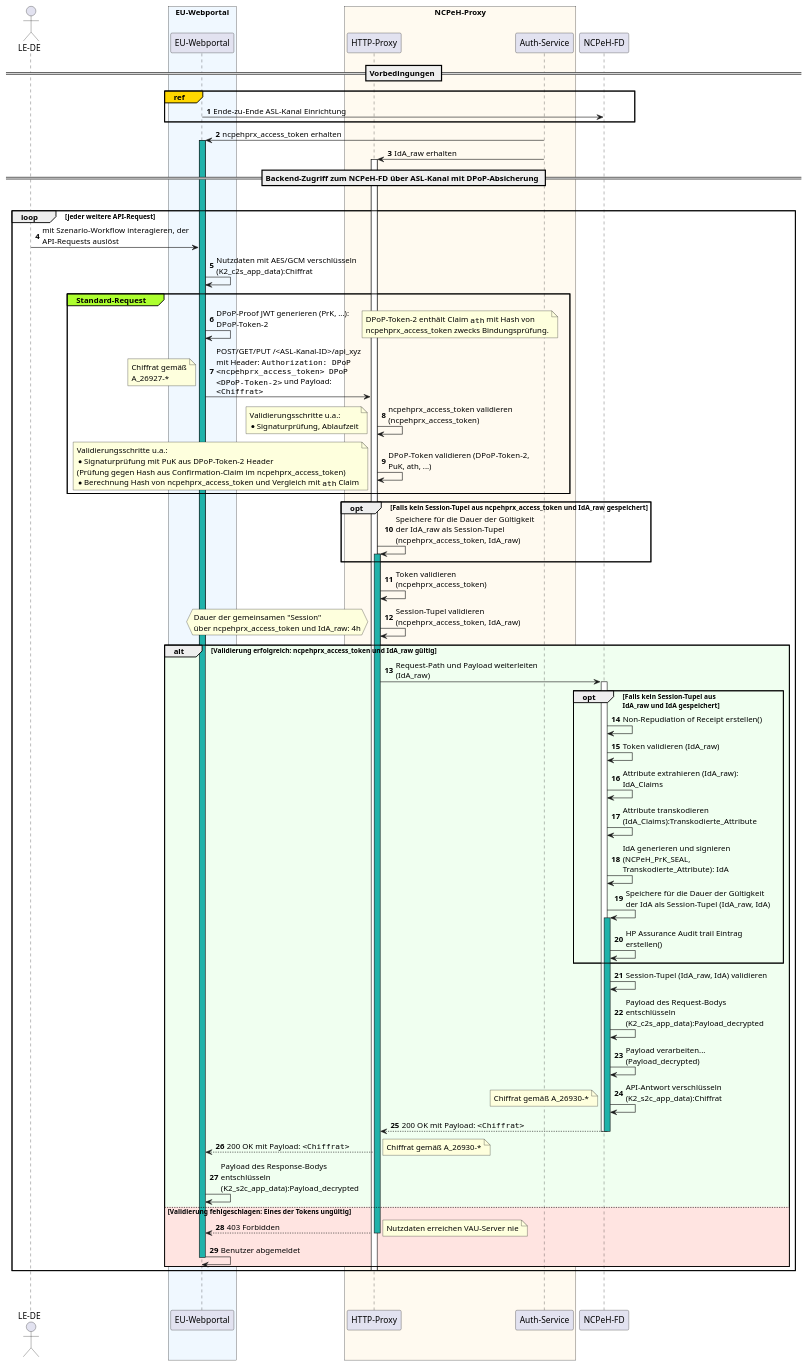
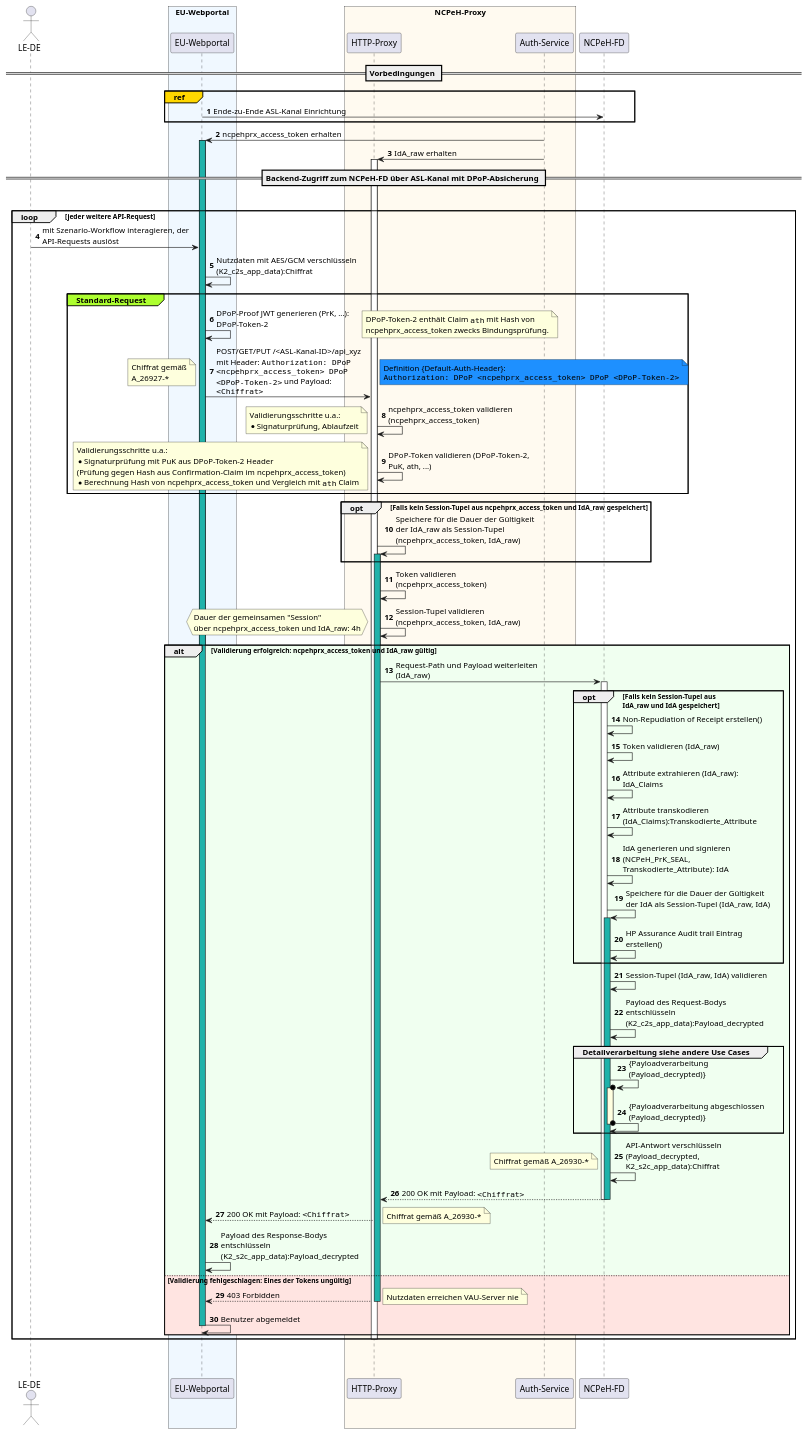
The diagram in src/images/eped-b/auth/backend-access_seq.puml (gematik/api-ncpeh), drawn with PlantUML before and after one commit. The commit also changed 1 other file, not shown here.

Commit message:
Update backend-access_seq

```diff
--- a/src/images/eped-b/auth/backend-access_seq.puml
+++ b/src/images/eped-b/auth/backend-access_seq.puml
@@ -1,126 +1,135 @@
 @startuml
 !pragma PLS 8192
 
 skinparam maxMessageSize 250
 autonumber
 hide unlinked
 
 actor "LE-DE" as User
 box "EU-Webportal" #AliceBlue
     participant "EU-Webportal" as WebApp
 end box
 box "Hilfsmittel der gematik" #WhiteSmoke
     participant "gematik\nAuthenticator" as AuthApp
     participant "Konnektor" as Konnektor
     participant "IDP-Dienst" as IDP
 end box
 box "NCPeH-Proxy" #FloralWhite
     participant "HTTP-Proxy" as Proxy
     participant "Auth-Service" as AuthService
 end box
 participant "NCPeH-FD" as NCPeH
 
 
 == Vorbedingungen ==
 group#Gold ref
     WebApp -> NCPeH: Ende-zu-Ende ASL-Kanal Einrichtung
 end
 
 AuthService -> WebApp: ncpehprx_access_token erhalten
 activate WebApp #LightSeaGreen
 
 AuthService -> Proxy: IdA_raw erhalten
 activate Proxy
 
 == Backend-Zugriff zum NCPeH-FD über ASL-Kanal mit DPoP-Absicherung ==
 
 |||
 loop jeder weitere API-Request
     User -> WebApp: mit Szenario-Workflow interagieren, der API-Requests auslöst
     WebApp -> WebApp: Nutzdaten mit AES/GCM verschlüsseln (K2_c2s_app_data):Chiffrat
 
 
     group#GreenYellow Standard-Request
 
     WebApp -> WebApp: DPoP-Proof JWT generieren (PrK, ...): DPoP-Token-2
     note right
         DPoP-Token-2 enthält Claim ""ath"" mit Hash von
         ncpehprx_access_token zwecks Bindungsprüfung.
     end note
 
     WebApp -> Proxy: POST/GET/PUT /<ASL-Kanal-ID>/api_xyz mit Header: ""Authorization: DPoP <ncpehprx_access_token> DPoP <DPoP-Token-2>"" und Payload: ""<Chiffrat>""
+    note right #DodgerBlue
+        Definition {Default-Auth-Header}:
+        ""Authorization: DPoP <ncpehprx_access_token> DPoP <DPoP-Token-2>""
+    end note
     note left
         Chiffrat gemäß
         A_26927-*
     end note
 
     Proxy -> Proxy: ncpehprx_access_token validieren (ncpehprx_access_token)
     note left
         Validierungsschritte u.a.:
         * Signaturprüfung, Ablaufzeit
     end note
     Proxy -> Proxy: DPoP-Token validieren (DPoP-Token-2, PuK, ath, ...)
     note left
         Validierungsschritte u.a.:
         * Signaturprüfung mit PuK aus DPoP-Token-2 Header
         (Prüfung gegen Hash aus Confirmation-Claim im ncpehprx_access_token)
         * Berechnung Hash von ncpehprx_access_token und Vergleich mit ""ath"" Claim
     end note
 
     end
 
     opt Falls kein Session-Tupel aus ncpehprx_access_token und IdA_raw gespeichert
         Proxy -> Proxy: Speichere für die Dauer der Gültigkeit der IdA_raw als Session-Tupel (ncpehprx_access_token, IdA_raw)
         activate Proxy #LightSeaGreen
     end
     Proxy -> Proxy: Token validieren (ncpehprx_access_token)
     Proxy -> Proxy: Session-Tupel validieren (ncpehprx_access_token, IdA_raw)
     alt #HoneyDew Validierung erfolgreich: ncpehprx_access_token und IdA_raw gültig
         hnote left
             Dauer der gemeinsamen "Session"
             über ncpehprx_access_token und IdA_raw: 4h
         end note
         Proxy -> NCPeH: Request-Path und Payload weiterleiten (IdA_raw)
         activate NCPeH
         opt Falls kein Session-Tupel aus\nIdA_raw und IdA gespeichert
             NCPeH -> NCPeH: Non-Repudiation of Receipt erstellen()  
             NCPeH -> NCPeH: Token validieren (IdA_raw)
             NCPeH -> NCPeH: Attribute extrahieren (IdA_raw): IdA_Claims
             NCPeH -> NCPeH: Attribute transkodieren (IdA_Claims):Transkodierte_Attribute
             NCPeH -> NCPeH: IdA generieren und signieren (NCPeH_PrK_SEAL, Transkodierte_Attribute): IdA
             NCPeH -> NCPeH: Speichere für die Dauer der Gültigkeit der IdA als Session-Tupel (IdA_raw, IdA)
             activate NCPeH #LightSeaGreen
             NCPeH -> NCPeH: HP Assurance Audit trail Eintrag erstellen()
         end
         NCPeH -> NCPeH: Session-Tupel (IdA_raw, IdA) validieren
         NCPeH -> NCPeH: Payload des Request-Bodys entschlüsseln (K2_c2s_app_data):Payload_decrypted
-        NCPeH -> NCPeH: Payload verarbeiten... (Payload_decrypted)
-        NCPeH -> NCPeH: API-Antwort verschlüsseln (K2_s2c_app_data):Chiffrat
+        group Detailverarbeitung siehe andere Use Cases
+            NCPeH ->o NCPeH: {Payloadverarbeitung (Payload_decrypted)}
+            activate NCPeH #LightYellow
+            NCPeH o-> NCPeH: {Payloadverarbeitung abgeschlossen (Payload_decrypted)}
+            deactivate NCPeH
+        end
+        NCPeH -> NCPeH: API-Antwort verschlüsseln (Payload_decrypted, K2_s2c_app_data):Chiffrat
         note left
             Chiffrat gemäß A_26930-*
         end note
 
         NCPeH --> Proxy: 200 OK mit Payload: ""<Chiffrat>""
         deactivate NCPeH
         deactivate NCPeH
 
         Proxy --> WebApp: 200 OK mit Payload: ""<Chiffrat>""
         note right
             Chiffrat gemäß A_26930-*
         end note
         WebApp -> WebApp: Payload des Response-Bodys entschlüsseln (K2_s2c_app_data):Payload_decrypted
         
     else #MistyRose Validierung fehlgeschlagen: Eines der Tokens ungültig
         Proxy --> WebApp: 403 Forbidden
     note right
         Nutzdaten erreichen VAU-Server nie
     end note
         deactivate Proxy
         WebApp -> WebApp: Benutzer abgemeldet
         deactivate WebApp
     end
     deactivate Proxy
 end
     |||
 |||
 @enduml
```
